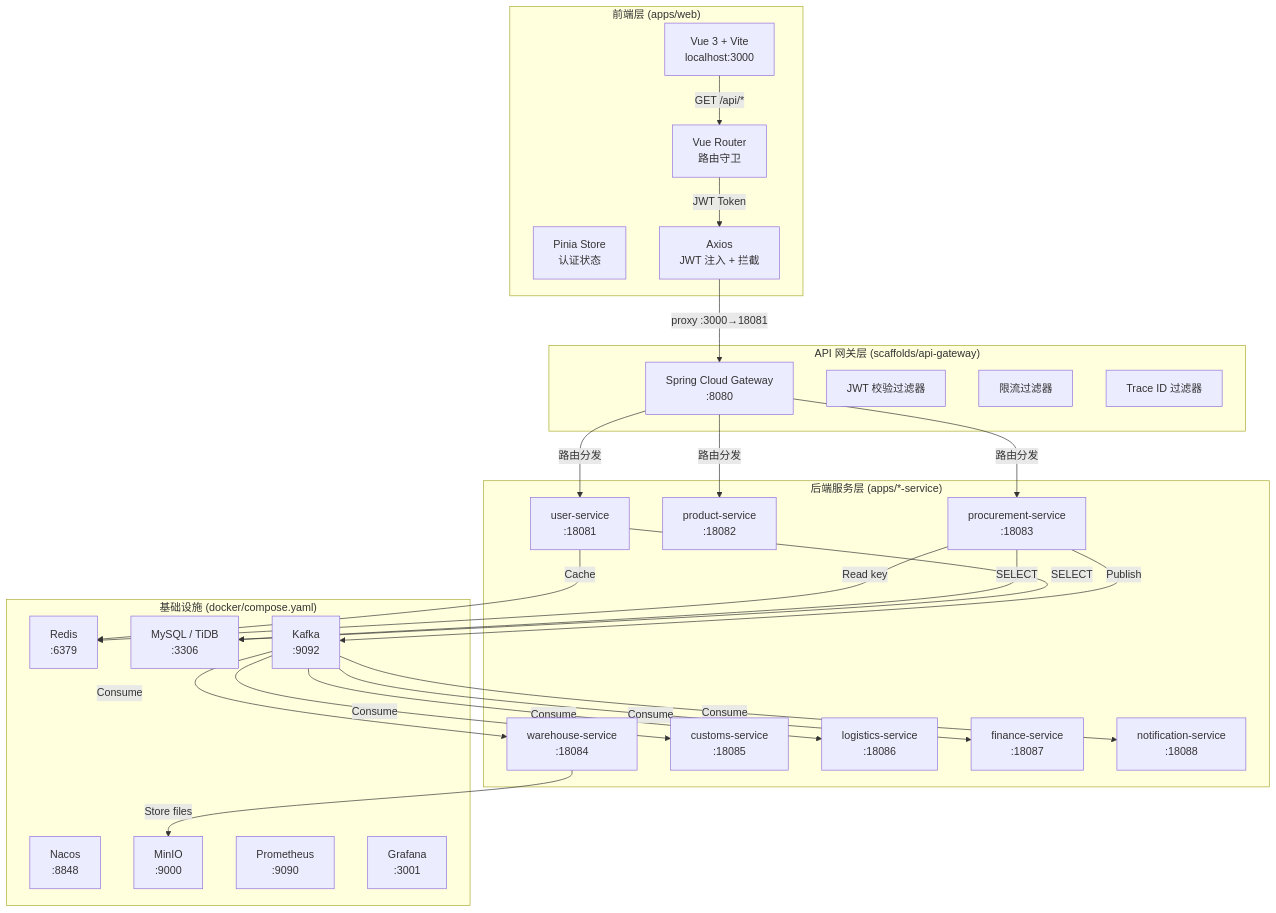
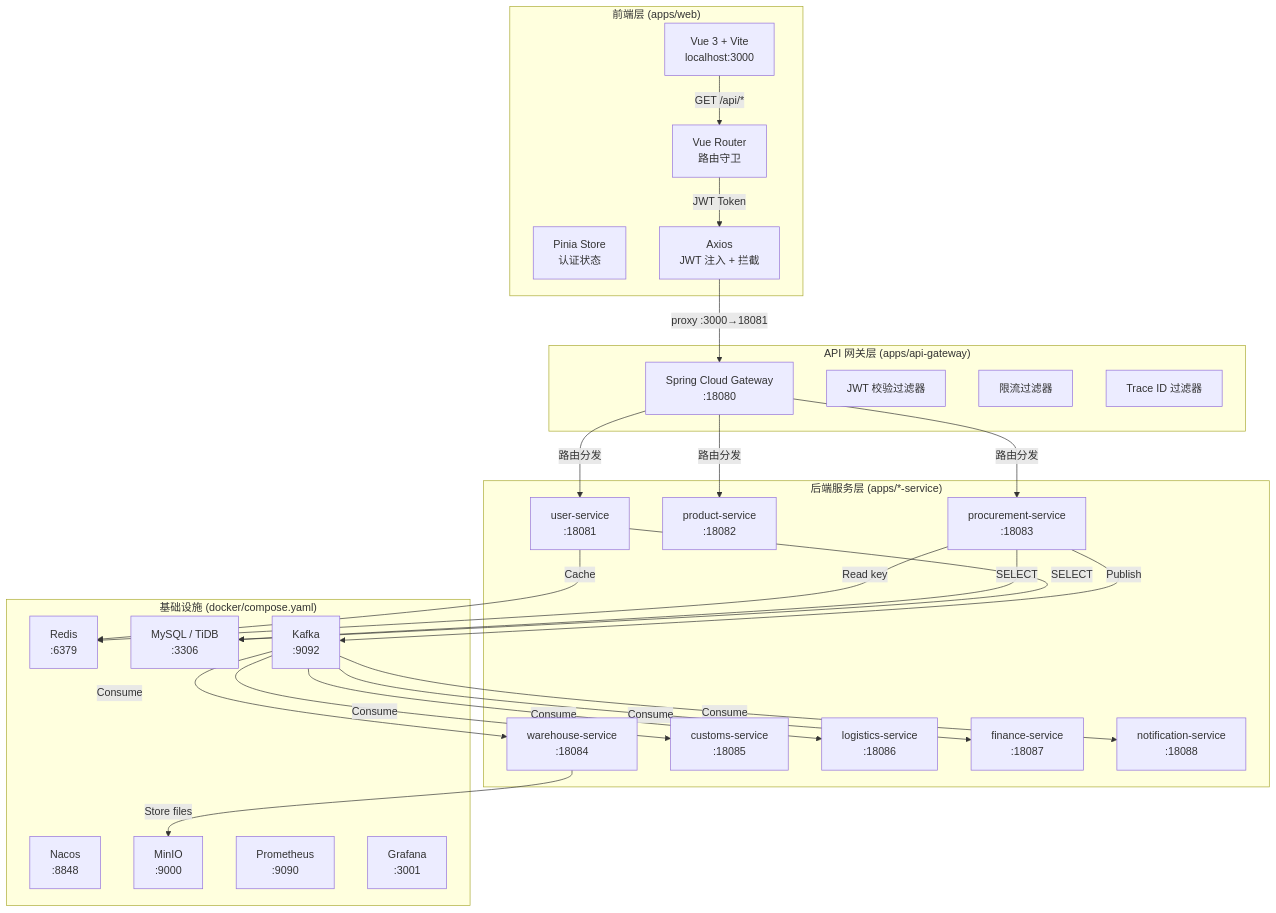
The first of 6 diagrams in docs/ui/ARCHITECTURE.md (jieraltjp/ManpouChinaSystem), drawn with Mermaid before and after one commit. The commit also changed 2 other files, not shown here.

Commit message:
docs: 修正全项目旧路径引用，同步 api-gateway 状态
- docs/99-服务启动审计报告.md：
  - api-gateway 纳入端口表（18080，待启动）
  - AR-001 等级 🔴→🟡，路径更新
- docs/ui/ARCHITECTURE.md：
  - 网关层路径 scaffolds→apps，端口 8080→18080
- docs/desigin/README.md：
  - scaffolds 注释补充"api-gateway 已迁移至 apps/"

````diff
--- a/docs/ui/ARCHITECTURE.md
+++ b/docs/ui/ARCHITECTURE.md
@@ -9,65 +9,65 @@
 ```mermaid
 graph TB
     %% 前端层
     subgraph Frontend["前端层 (apps/web)"]
         WEB["Vue 3 + Vite\nlocalhost:3000"]
         ROUTER["Vue Router\n路由守卫"]
         STORE["Pinia Store\n认证状态"]
         AXIOS["Axios\nJWT 注入 + 拦截"]
     end
 
     %% 网关层（待实现）
-    subgraph Gateway["API 网关层 (scaffolds/api-gateway)"]
-        GW["Spring Cloud Gateway\n:8080"]
+    subgraph Gateway["API 网关层 (apps/api-gateway)"]
+        GW["Spring Cloud Gateway\n:18080"]
         JWT_FILTER["JWT 校验过滤器"]
         RATE_LIMIT["限流过滤器"]
         TRACE["Trace ID 过滤器"]
     end
 
     %% 后端服务层
     subgraph Backend["后端服务层 (apps/*-service)"]
         USER["user-service\n:18081"]
         PRODUCT["product-service\n:18082"]
         PROC["procurement-service\n:18083"]
         WAREHOUSE["warehouse-service\n:18084"]
         CUSTOMS["customs-service\n:18085"]
         LOGISTICS["logistics-service\n:18086"]
         FINANCE["finance-service\n:18087"]
         NOTIFY["notification-service\n:18088"]
     end
 
     %% 基础设施层
     subgraph Infrastructure["基础设施 (docker/compose.yaml)"]
         REDIS["Redis\n:6379"]
         MYSQL["MySQL / TiDB\n:3306"]
         KAFKA["Kafka\n:9092"]
         NACOS["Nacos\n:8848"]
         MINIO["MinIO\n:9000"]
         PROMETHEUS["Prometheus\n:9090"]
         GRAFANA["Grafana\n:3001"]
     end
 
     %% 数据流
     WEB -->|"GET /api/*"| ROUTER
     ROUTER -->|"JWT Token"| AXIOS
     AXIOS -->|"proxy :3000→18081"| GW
 
     GW -->|"路由分发"| USER
     GW -->|"路由分发"| PRODUCT
     GW -->|"路由分发"| PROC
 
     PROC -->|"Publish"| KAFKA
     PROC -->|"SELECT"| MYSQL
 
     USER -->|"SELECT"| MYSQL
     USER -->|"Cache"| REDIS
 
     KAFKA -->|"Consume"| WAREHOUSE
     KAFKA -->|"Consume"| CUSTOMS
     KAFKA -->|"Consume"| LOGISTICS
     KAFKA -->|"Consume"| FINANCE
     KAFKA -->|"Consume"| NOTIFY
 
     WAREHOUSE -->|"Store files"| MINIO
     PROC -->|"Read key"| REDIS
 ```
````
